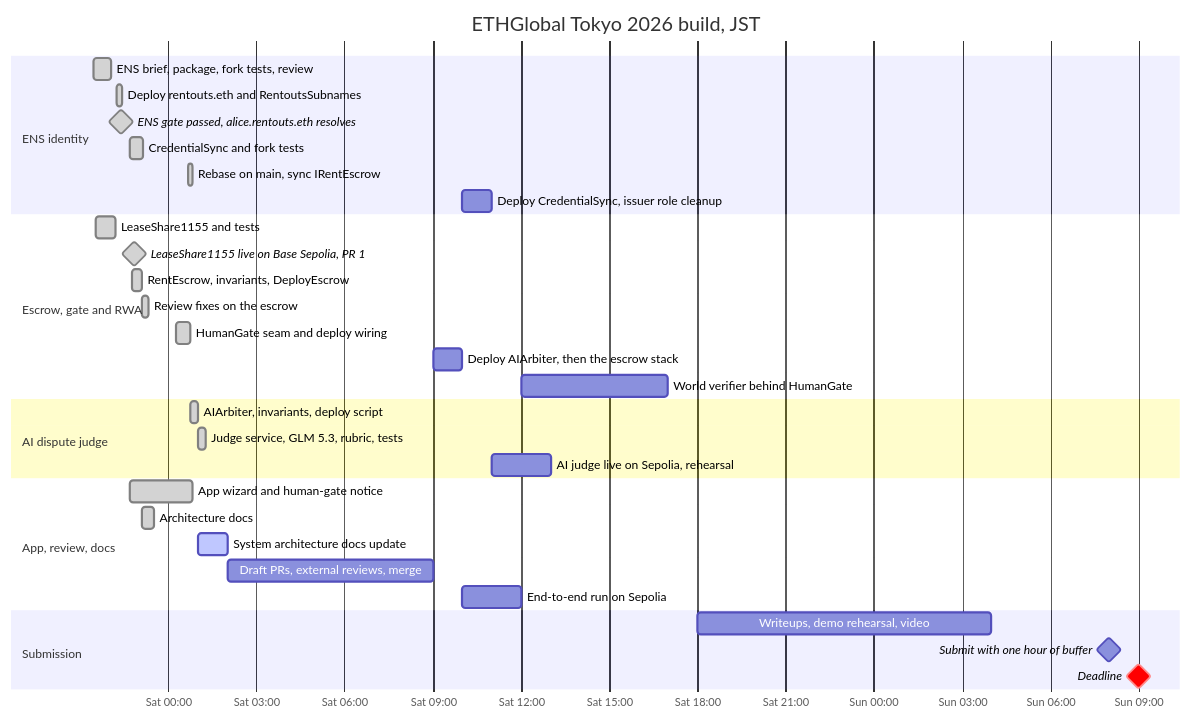
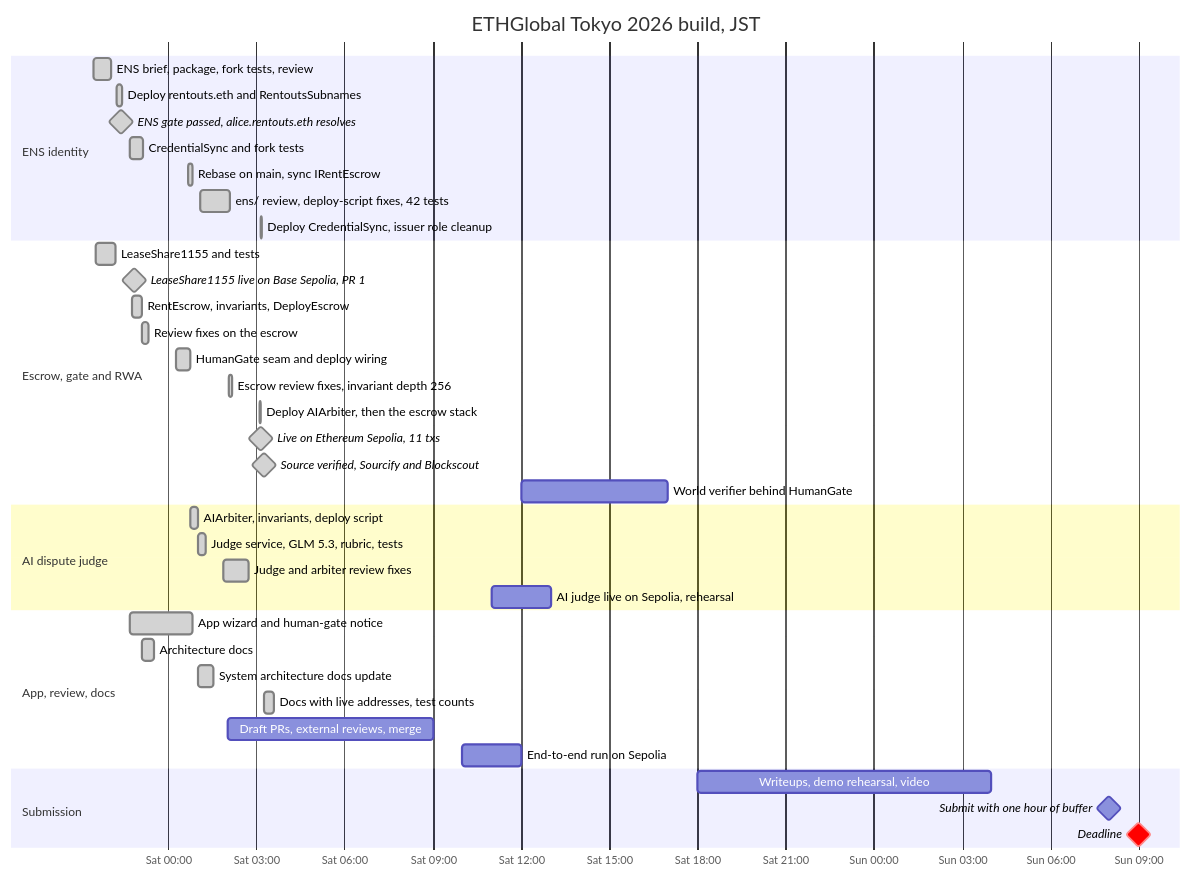
One commit to AiAlchemist0/rentouts-escrow changed the first of 3 diagrams in docs/PLAN.md. Above: the diagram before and after it, drawn with Mermaid. The commit also changed other lines of this file and 3 other files, not shown here.

````diff
--- a/docs/PLAN.md
+++ b/docs/PLAN.md
@@ -37,41 +37,47 @@
 ```mermaid
 gantt
     title ETHGlobal Tokyo 2026 build, JST
     dateFormat YYYY-MM-DD HH:mm
     axisFormat %a %H:%M
     todayMarker off
 
     section ENS identity
     ENS brief, package, fork tests, review        :done, ens1, 2026-09-25 21:27, 35m
     Deploy rentouts.eth and RentoutsSubnames      :done, ens2, 2026-09-25 22:15, 10m
     ENS gate passed, alice.rentouts.eth resolves  :milestone, done, gate, 2026-09-25 22:24, 0m
     CredentialSync and fork tests                 :done, ens3, 2026-09-25 22:42, 25m
     Rebase on main, sync IRentEscrow              :done, ens4, 2026-09-26 00:40, 10m
-    Deploy CredentialSync, issuer role cleanup    :ens5, 2026-09-26 10:00, 1h
+    ens/ review, deploy-script fixes, 42 tests    :done, ens5, 2026-09-26 01:05, 60m
+    Deploy CredentialSync, issuer role cleanup    :done, ens6, 2026-09-26 03:08, 2m
 
     section Escrow, gate and RWA
     LeaseShare1155 and tests                      :done, rwa1, 2026-09-25 21:31, 40m
     LeaseShare1155 live on Base Sepolia, PR 1     :milestone, done, rwa2, 2026-09-25 22:51, 0m
     RentEscrow, invariants, DeployEscrow          :done, esc1, 2026-09-25 22:45, 20m
     Review fixes on the escrow                    :done, esc2, 2026-09-25 23:05, 15m
     HumanGate seam and deploy wiring              :done, gate1, 2026-09-26 00:15, 30m
-    Deploy AIArbiter, then the escrow stack       :esc3, 2026-09-26 09:00, 1h
+    Escrow review fixes, invariant depth 256      :done, esc3, 2026-09-26 02:03, 6m
+    Deploy AIArbiter, then the escrow stack       :done, esc4, 2026-09-26 03:05, 3m
+    Live on Ethereum Sepolia, 11 txs              :milestone, done, live, 2026-09-26 03:09, 0m
+    Source verified, Sourcify and Blockscout      :milestone, done, src, 2026-09-26 03:15, 0m
     World verifier behind HumanGate               :world, 2026-09-26 12:00, 5h
 
     section AI dispute judge
     AIArbiter, invariants, deploy script          :done, ai1, 2026-09-26 00:45, 15m
     Judge service, GLM 5.3, rubric, tests         :done, ai2, 2026-09-26 01:00, 15m
-    AI judge live on Sepolia, rehearsal           :ai3, 2026-09-26 11:00, 2h
+    Judge and arbiter review fixes                :done, ai3, 2026-09-26 01:53, 50m
+    AI judge live on Sepolia, rehearsal           :ai4, 2026-09-26 11:00, 2h
 
     section App, review, docs
     App wizard and human-gate notice              :done, app1, 2026-09-25 22:40, 130m
     Architecture docs                             :done, doc1, 2026-09-25 23:05, 25m
-    System architecture docs update               :active, doc2, 2026-09-26 01:00, 1h
+    System architecture docs update               :done, doc2, 2026-09-26 01:00, 32m
+    Docs with live addresses, test counts         :done, doc3, 2026-09-26 03:15, 20m
     Draft PRs, external reviews, merge            :rev, 2026-09-26 02:00, 7h
     End-to-end run on Sepolia                     :e2e, 2026-09-26 10:00, 2h
 
     section Submission
     Writeups, demo rehearsal, video               :sub1, 2026-09-26 18:00, 10h
     Submit with one hour of buffer                :milestone, sub2, 2026-09-27 08:00, 0m
     Deadline                                      :crit, milestone, dl, 2026-09-27 09:00, 0m
 ```
````
